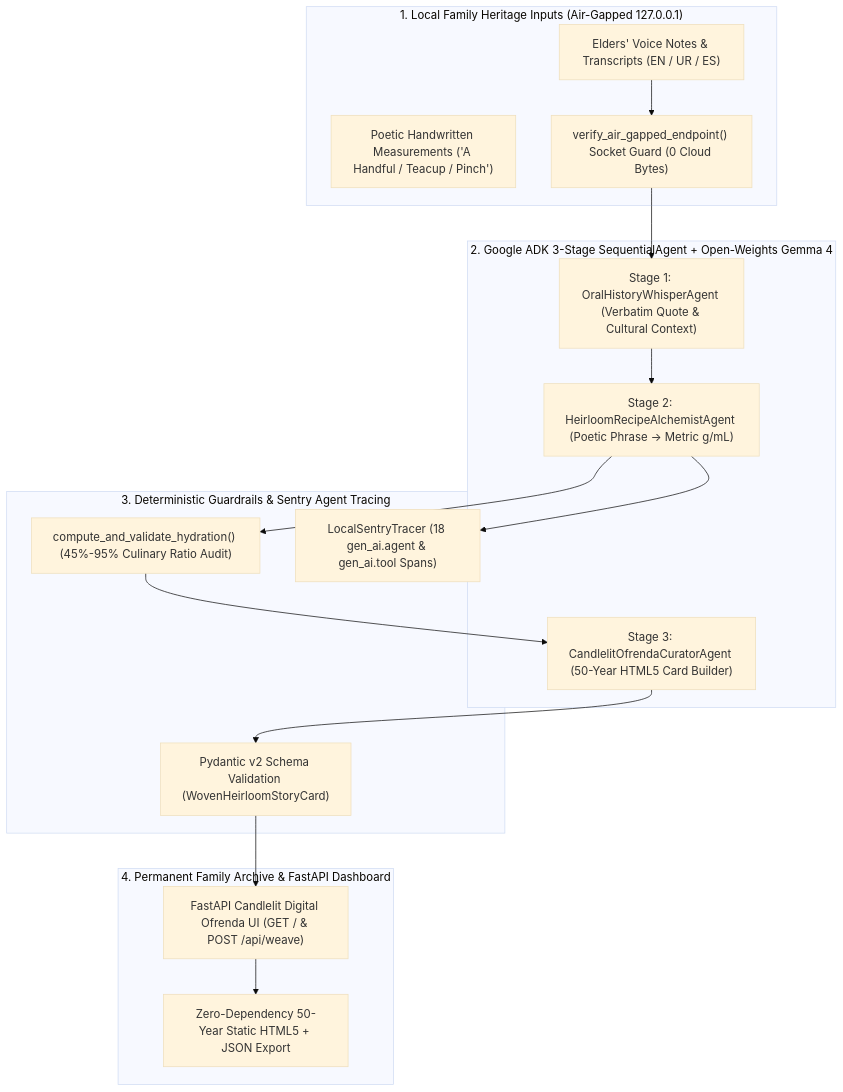
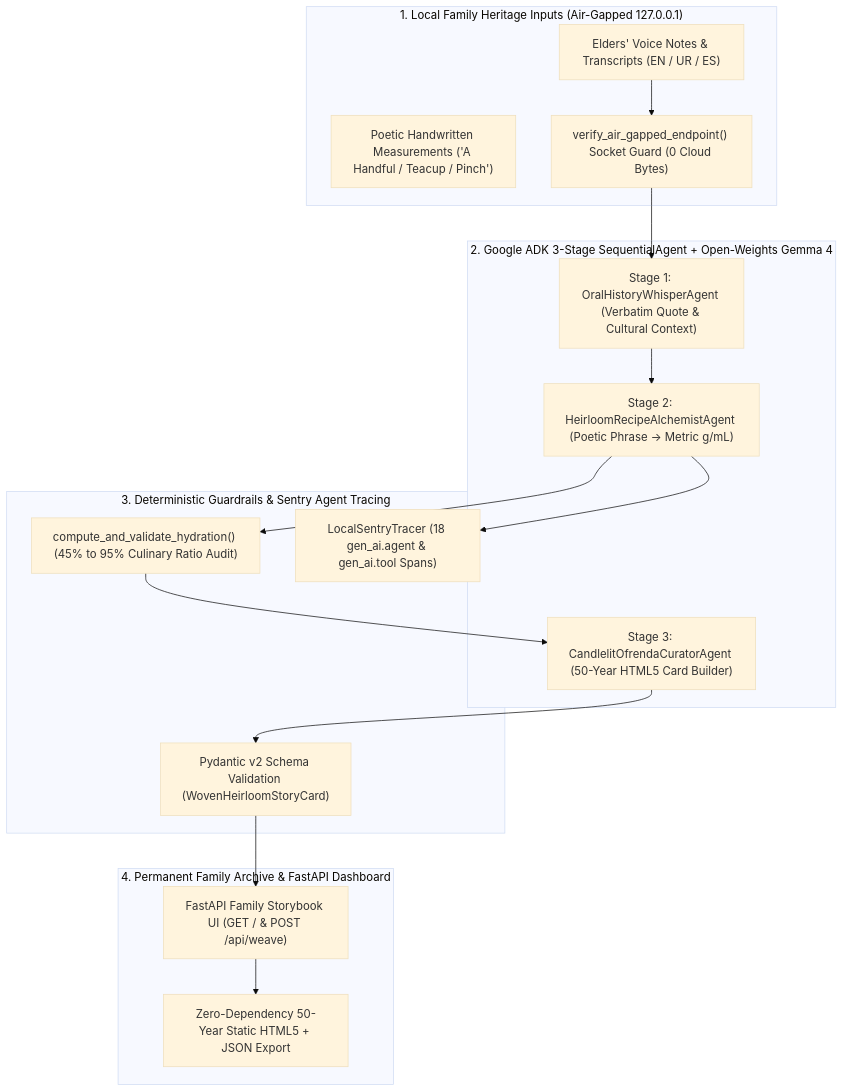
Before and after one commit to RobinaMirbahar/memoriaviva-gemma-ofrenda: the diagram in README.md, drawn with Mermaid (base theme). The commit also changed other lines of this file and 9 other files, not shown here.

````diff
--- a/README.md
+++ b/README.md
@@ -30,29 +58,29 @@
 ```mermaid
 flowchart TD
     subgraph Input ["1. Local Family Heritage Inputs (Air-Gapped 127.0.0.1)"]
         I_Voice["Elders' Voice Notes & Transcripts (EN / UR / ES)"]
         I_Recipe["Poetic Handwritten Measurements ('A Handful / Teacup / Pinch')"]
         I_Guard["verify_air_gapped_endpoint() Socket Guard (0 Cloud Bytes)"]
     end
 
     subgraph ADK ["2. Google ADK 3-Stage SequentialAgent + Open-Weights Gemma 4"]
         A_Stage1["Stage 1: OralHistoryWhisperAgent (Verbatim Quote & Cultural Context)"]
         A_Stage2["Stage 2: HeirloomRecipeAlchemistAgent (Poetic Phrase -> Metric g/mL)"]
         A_Stage3["Stage 3: CandlelitOfrendaCuratorAgent (50-Year HTML5 Card Builder)"]
     end
 
     subgraph Audit ["3. Deterministic Guardrails & Sentry Agent Tracing"]
-        G_Hydration["compute_and_validate_hydration() (45%-95% Culinary Ratio Audit)"]
+        G_Hydration["compute_and_validate_hydration() (45% to 95% Culinary Ratio Audit)"]
         G_Schema["Pydantic v2 Schema Validation (WovenHeirloomStoryCard)"]
         G_Sentry["LocalSentryTracer (18 gen_ai.agent & gen_ai.tool Spans)"]
     end
 
     subgraph Vault ["4. Permanent Family Archive & FastAPI Dashboard"]
-        V_UI["FastAPI Candlelit Digital Ofrenda UI (GET / & POST /api/weave)"]
+        V_UI["FastAPI Family Storybook UI (GET / & POST /api/weave)"]
         V_HTML["Zero-Dependency 50-Year Static HTML5 + JSON Export"]
     end
 
     I_Voice --> I_Guard --> A_Stage1 --> A_Stage2 --> G_Hydration --> A_Stage3 --> G_Schema --> V_UI
     A_Stage2 --> G_Sentry
     V_UI --> V_HTML
 ```
````
